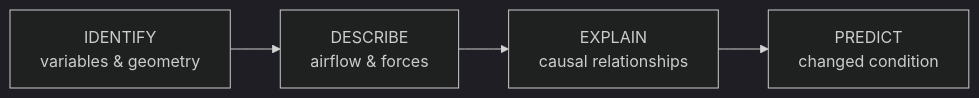
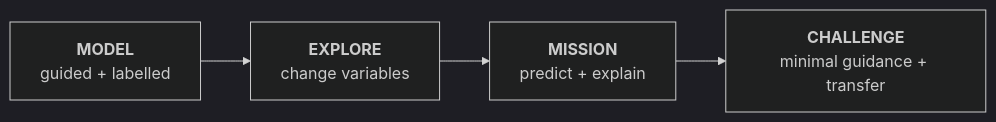
Before and after one commit to ZanneRay/ATPL-H-Learning-Ecosystem: the sixth of 6 diagrams in docs/curriculum/MODULE-1-BLUEPRINT.md, drawn with Mermaid (dark theme). The commit also changed other lines of this file, not shown here.

````diff
--- a/docs/curriculum/MODULE-1-BLUEPRINT.md
+++ b/docs/curriculum/MODULE-1-BLUEPRINT.md
@@ -205,6 +213,6 @@
 ```mermaid
 flowchart LR
-    I["IDENTIFY<br/>variables & geometry"] --> D["DESCRIBE<br/>airflow & forces"]
-    D --> E["EXPLAIN<br/>causal relationships"]
-    E --> P["PREDICT<br/>changed condition"]
+    M["<b>MODEL</b><br/>guided + labelled"] --> E["<b>EXPLORE</b><br/>change variables"]
+    E --> MI["<b>MISSION</b><br/>predict + explain"]
+    MI --> C["<b>CHALLENGE</b><br/>minimal guidance + transfer"]
 ```
````
